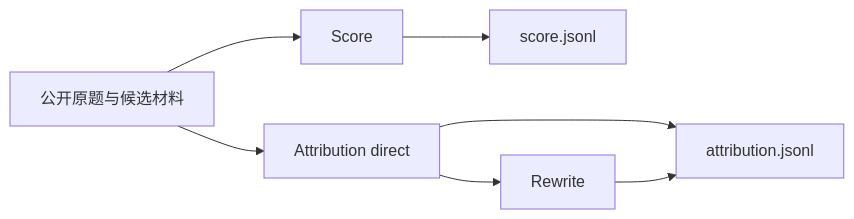
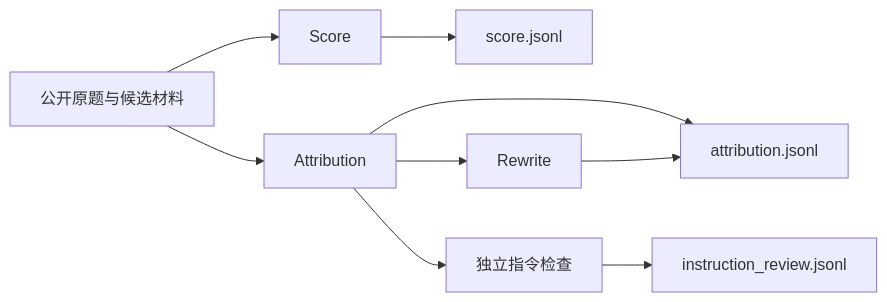
One commit to cmy-hhxx/agent_eval_harness changed the diagram in docs/answer-review.md. Above: the diagram before and after it, drawn with Mermaid. The commit also changed other lines of this file and 108 other files, not shown here.

First line of the commit message:
feat(attribution): separate causal responsibilities and instruction review

````diff
--- a/docs/answer-review.md
+++ b/docs/answer-review.md
@@ -5,9 +5,11 @@
 ```mermaid
 flowchart LR
   Input[公开原题与候选材料] --> Score[Score]
-  Input --> Attribution[Attribution direct]
+  Input --> Attribution[Attribution]
   Score --> Scores[score.jsonl]
   Attribution --> Attributions[attribution.jsonl]
+  Attribution --> Instructions[独立指令检查]
+  Instructions --> Reviews[instruction_review.jsonl]
   Attribution --> Rewrite[Rewrite]
   Rewrite --> Attributions
 ```
````
